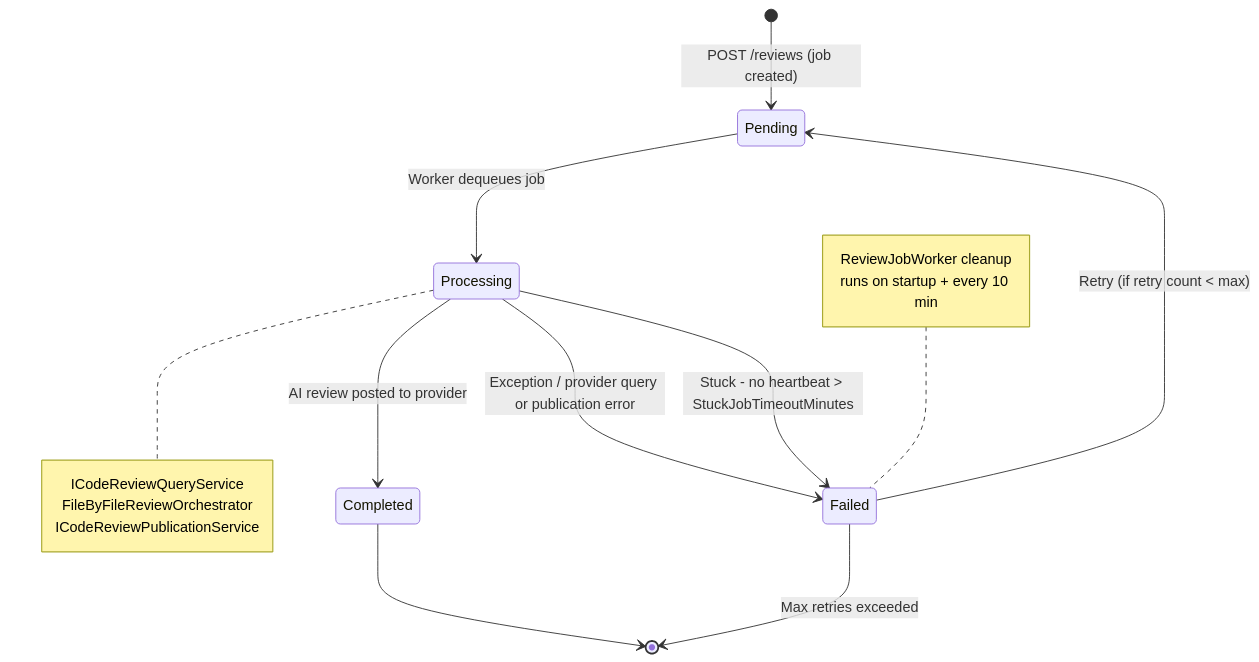
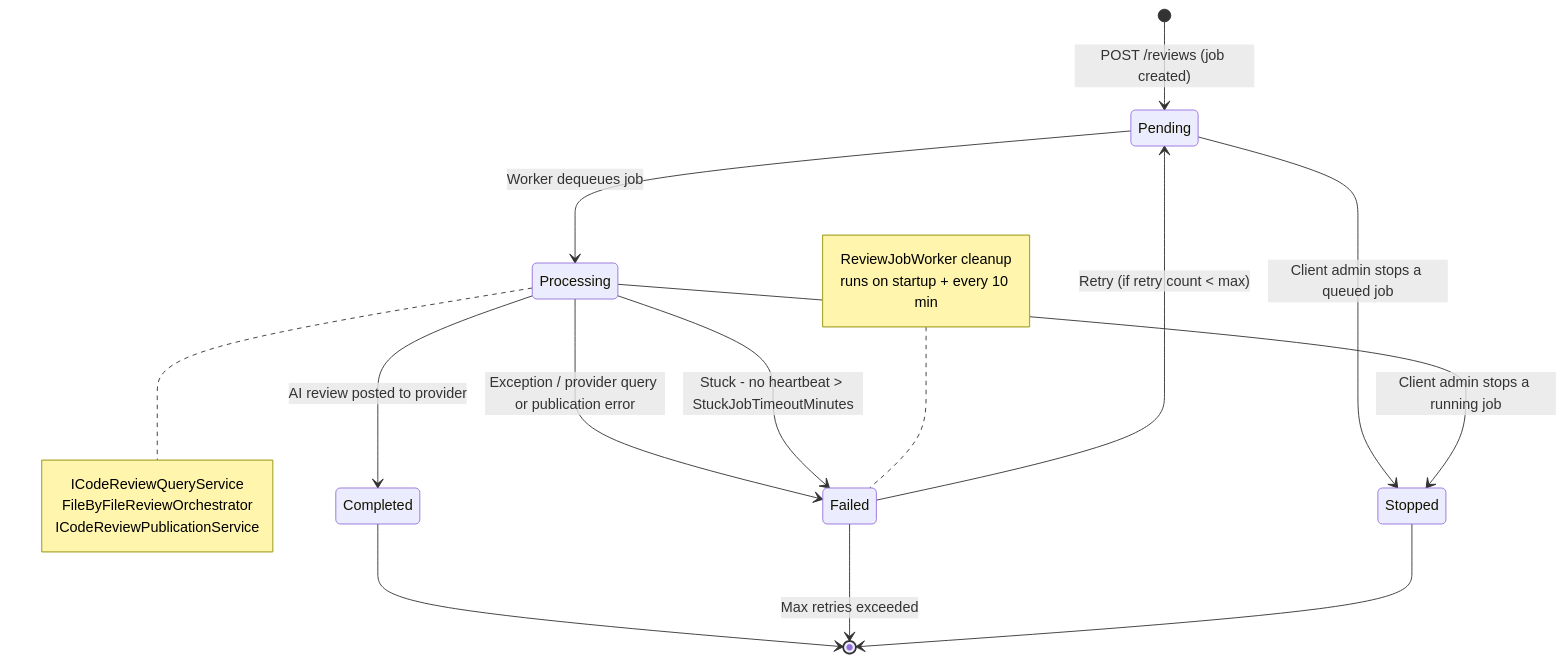
The third of 4 diagrams in docs/architecture/reviewing-workflows.md (meister-dev-ai/propr), drawn with Mermaid before and after one commit. The commit also changed other lines of this file and 58 other files, not shown here.

First line of the commit message:
feat(reviewing): add client-admin stop and PR block/unblock controls

````diff
--- a/docs/architecture/reviewing-workflows.md
+++ b/docs/architecture/reviewing-workflows.md
@@ -466,22 +466,25 @@
 ```mermaid
 stateDiagram-v2
     [*] --> Pending : POST /reviews (job created)
     Pending --> Processing : Worker dequeues job
     Processing --> Completed : AI review posted to provider
     Processing --> Failed : Exception / provider query or publication error
     Failed --> Pending : Retry (if retry count < max)
     Processing --> Failed : Stuck - no heartbeat > StuckJobTimeoutMinutes
+    Pending --> Stopped : Client admin stops a queued job
+    Processing --> Stopped : Client admin stops a running job
     Completed --> [*]
     Failed --> [*] : Max retries exceeded
+    Stopped --> [*]
 
     note right of Processing
         ICodeReviewQueryService
         FileByFileReviewOrchestrator
         ICodeReviewPublicationService
     end note
 
     note left of Failed
         ReviewJobWorker cleanup
         runs on startup + every 10 min
     end note
 ```
````
